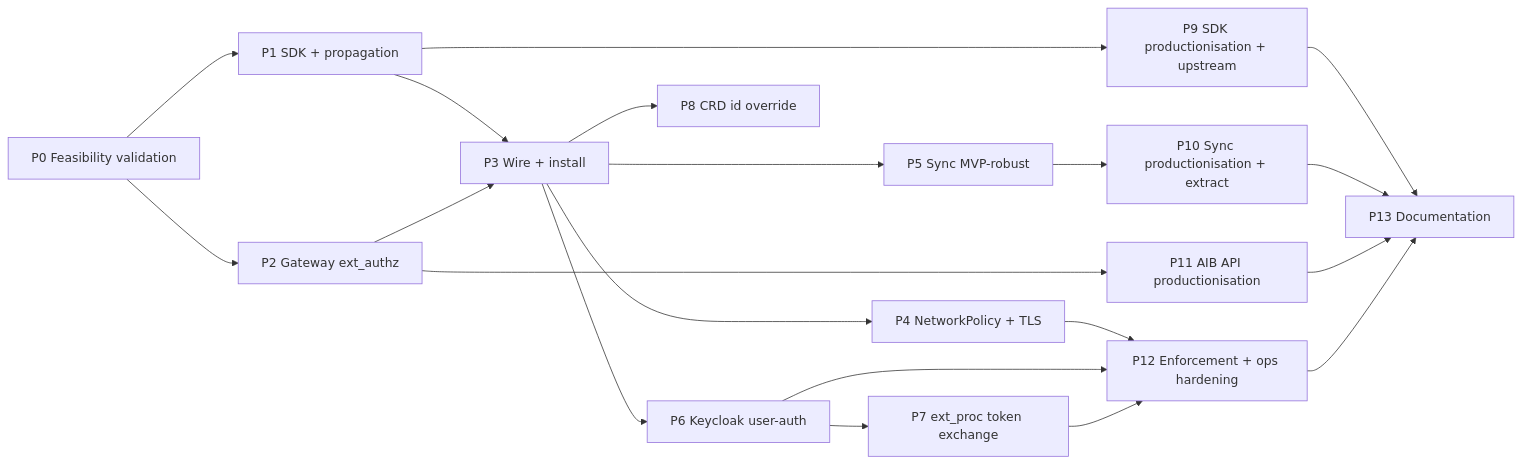
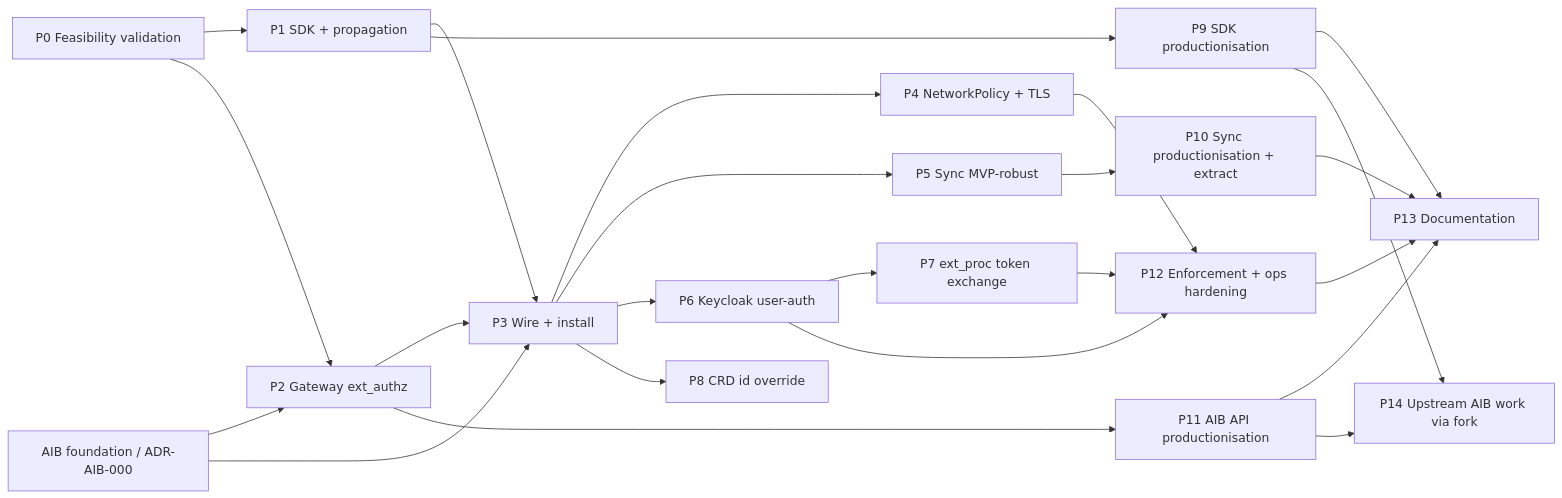
One commit to axsaucedo/kaos-adrs changed the diagram in security-and-identity/plan/proposed-split.md. Above: the diagram before and after it, drawn with Mermaid. The commit also changed other lines of this file, not shown here.

First line of the commit message:
docs(security): apply P0 findings to the work split and add P14 upstream phase

````diff
--- a/security-and-identity/plan/proposed-split.md
+++ b/security-and-identity/plan/proposed-split.md
@@ -192,22 +212,26 @@
 ```mermaid
 graph LR
   P0[P0 Feasibility validation] --> P1[P1 SDK + propagation]
   P0 --> P2[P2 Gateway ext_authz]
-  P1 --> P3[P3 Wire + install]
+  F[AIB foundation / ADR-AIB-000] --> P2
+  F --> P3[P3 Wire + install]
+  P1 --> P3
   P2 --> P3
   P3 --> P4[P4 NetworkPolicy + TLS]
   P3 --> P5[P5 Sync MVP-robust]
   P3 --> P6[P6 Keycloak user-auth]
   P3 --> P8[P8 CRD id override]
   P6 --> P7[P7 ext_proc token exchange]
-  P1 --> P9[P9 SDK productionisation + upstream]
+  P1 --> P9[P9 SDK productionisation]
   P5 --> P10[P10 Sync productionisation + extract]
   P2 --> P11[P11 AIB API productionisation]
   P4 --> P12[P12 Enforcement + ops hardening]
   P6 --> P12
   P7 --> P12
   P9 --> P13[P13 Documentation]
   P10 --> P13
   P11 --> P13
   P12 --> P13
+  P9 --> P14[P14 Upstream AIB work via fork]
+  P11 --> P14
 ```
````
